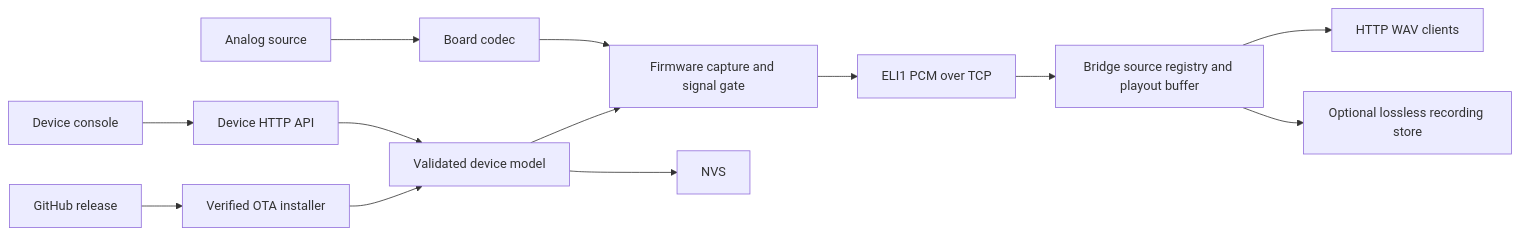
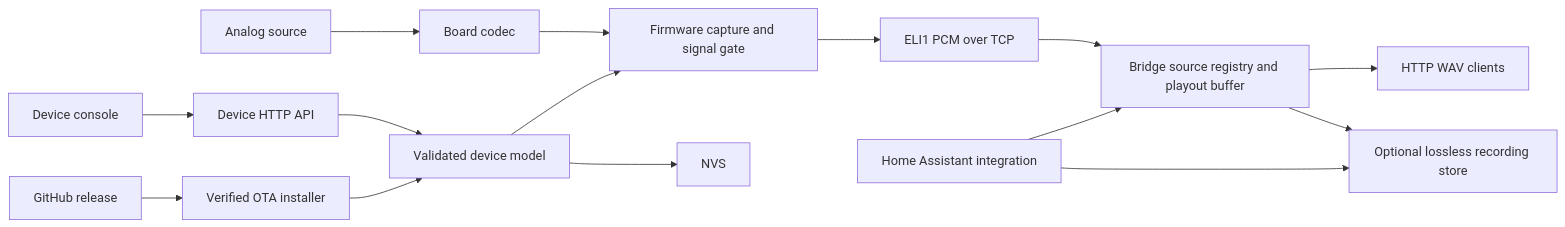
Before and after one commit to lutyjj/esp32-streamline: the first of 2 diagrams in docs/architecture.md, drawn with Mermaid. The commit also changed other lines of this file and 53 other files, not shown here.

````diff
--- a/docs/architecture.md
+++ b/docs/architecture.md
@@ -9,17 +9,19 @@
 ```mermaid
 flowchart LR
   input["Analog source"] --> codec["Board codec"]
   codec --> capture["Firmware capture and signal gate"]
   capture --> tcp["ELI1 PCM over TCP"]
   tcp --> bridge["Bridge source registry and playout buffer"]
   bridge --> wav["HTTP WAV clients"]
   bridge --> recording["Optional lossless recording store"]
+  ha["Home Assistant integration"] --> bridge
+  ha --> recording
 
   browser["Device console"] --> api["Device HTTP API"]
   api --> config["Validated device model"]
   config --> nvs["NVS"]
   config --> capture
 
   release["GitHub release"] --> ota["Verified OTA installer"]
   ota --> config
 ```
````
